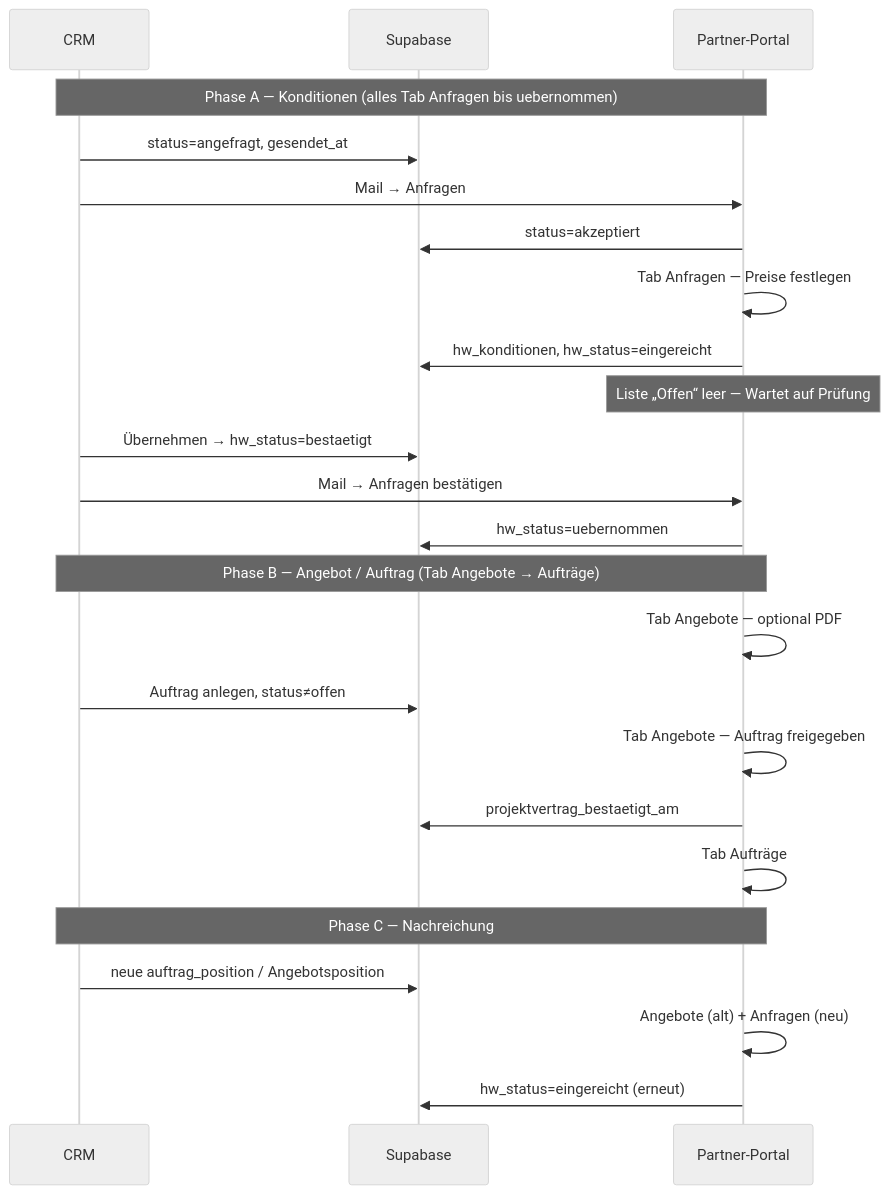
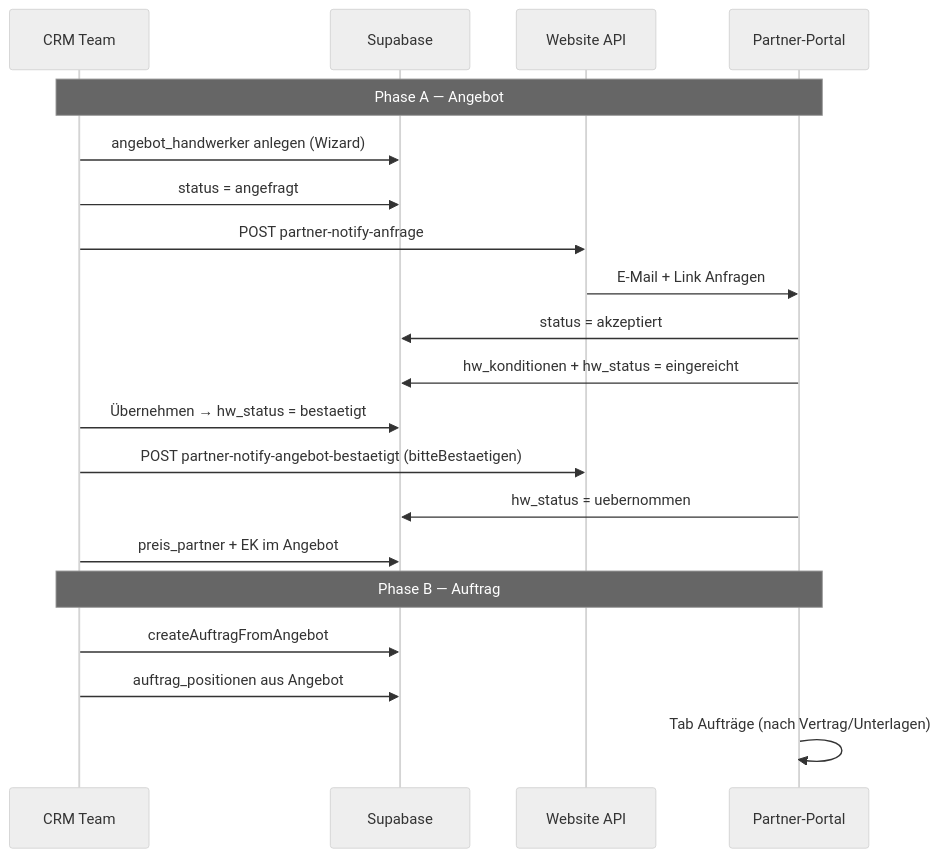
Before and after one commit to masdjedibelal-dotcom/baerenwald: the diagram in docs/handwerker-koordination/HANDWERKER_KOORDINATION_PROZESS.md, drawn with Mermaid (neutral theme). The commit also changed other lines of this file and 1887 other files, not shown here.

````diff
--- a/docs/handwerker-koordination/HANDWERKER_KOORDINATION_PROZESS.md
+++ b/docs/handwerker-koordination/HANDWERKER_KOORDINATION_PROZESS.md
@@ -44,29 +62,24 @@
 ```mermaid
 sequenceDiagram
-  participant CRM as CRM
+  participant CRM as CRM Team
   participant DB as Supabase
-  participant P as Partner-Portal
+  participant API as Website API
+  participant HW as Partner-Portal
 
-  Note over CRM,P: Phase A — Konditionen (alles Tab Anfragen bis uebernommen)
-  CRM->>DB: status=angefragt, gesendet_at
-  CRM->>P: Mail → Anfragen
-  P->>DB: status=akzeptiert
-  P->>P: Tab Anfragen — Preise festlegen
-  P->>DB: hw_konditionen, hw_status=eingereicht
-  Note over P: Liste „Offen“ leer — Wartet auf Prüfung
-  CRM->>DB: Übernehmen → hw_status=bestaetigt
-  CRM->>P: Mail → Anfragen bestätigen
-  P->>DB: hw_status=uebernommen
+  Note over CRM,HW: Phase A — Angebot
+  CRM->>DB: angebot_handwerker anlegen (Wizard)
+  CRM->>DB: status = angefragt
+  CRM->>API: POST partner-notify-anfrage
+  API->>HW: E-Mail + Link Anfragen
+  HW->>DB: status = akzeptiert
+  HW->>DB: hw_konditionen + hw_status = eingereicht
+  CRM->>DB: Übernehmen → hw_status = bestaetigt
+  CRM->>API: POST partner-notify-angebot-bestaetigt (bitteBestaetigen)
+  HW->>DB: hw_status = uebernommen
+  CRM->>DB: preis_partner + EK im Angebot
 
-  Note over CRM,P: Phase B — Angebot / Auftrag (Tab Angebote → Aufträge)
-  P->>P: Tab Angebote — optional PDF
-  CRM->>DB: Auftrag anlegen, status≠offen
-  P->>P: Tab Angebote — Auftrag freigegeben
-  P->>DB: projektvertrag_bestaetigt_am
-  P->>P: Tab Aufträge
-
-  Note over CRM,P: Phase C — Nachreichung
-  CRM->>DB: neue auftrag_position / Angebotsposition
-  P->>P: Angebote (alt) + Anfragen (neu)
-  P->>DB: hw_status=eingereicht (erneut)
+  Note over CRM,HW: Phase B — Auftrag
+  CRM->>DB: createAuftragFromAngebot
+  CRM->>DB: auftrag_positionen aus Angebot
+  HW->>HW: Tab Aufträge (nach Vertrag/Unterlagen)
 ```
````
